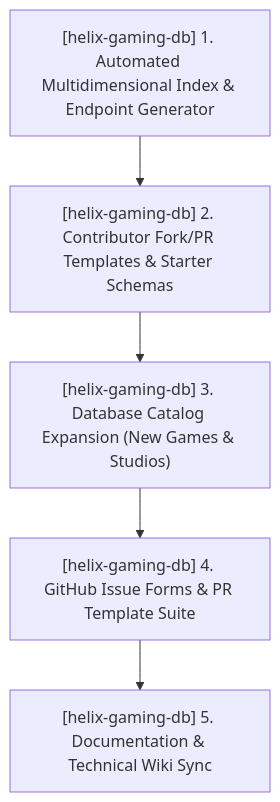
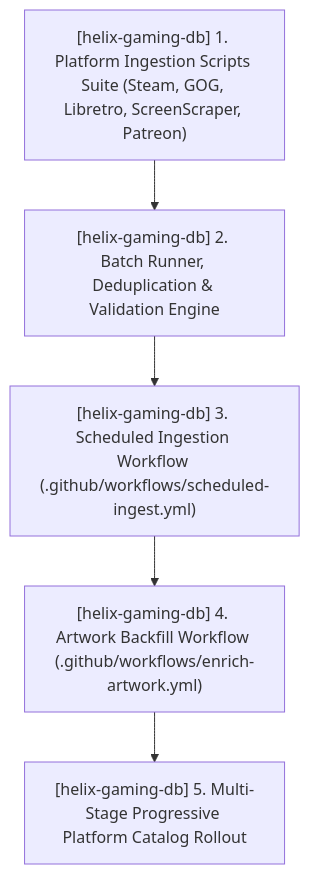
Before and after one commit to HELIX-Origin/agents: the first of 2 diagrams in TODO.md, drawn with Mermaid. The commit also changed other lines of this file and 5 other files, not shown here.

Commit message:
docs(ecosystem): log multi-platform metadata expansion, auto-merge workflows & UGL v1.4.1

````diff
--- a/TODO.md
+++ b/TODO.md
@@ -34,7 +32,7 @@
 ```mermaid
 flowchart TD
-    W52_1["[helix-gaming-db] 1. Automated Multidimensional Index & Endpoint Generator"] --> W52_2["[helix-gaming-db] 2. Contributor Fork/PR Templates & Starter Schemas"]
-    W52_2 --> W52_3["[helix-gaming-db] 3. Database Catalog Expansion (New Games & Studios)"]
-    W52_3 --> W52_4["[helix-gaming-db] 4. GitHub Issue Forms & PR Template Suite"]
-    W52_4 --> W52_5["[helix-gaming-db] 5. Documentation & Technical Wiki Sync"]
+    W54_1["[helix-gaming-db] 1. Platform Ingestion Scripts Suite (Steam, GOG, Libretro, ScreenScraper, Patreon)"] --> W54_2["[helix-gaming-db] 2. Batch Runner, Deduplication & Validation Engine"]
+    W54_2 --> W54_3["[helix-gaming-db] 3. Scheduled Ingestion Workflow (.github/workflows/scheduled-ingest.yml)"]
+    W54_3 --> W54_4["[helix-gaming-db] 4. Artwork Backfill Workflow (.github/workflows/enrich-artwork.yml)"]
+    W54_4 --> W54_5["[helix-gaming-db] 5. Multi-Stage Progressive Platform Catalog Rollout"]
 ```
````
